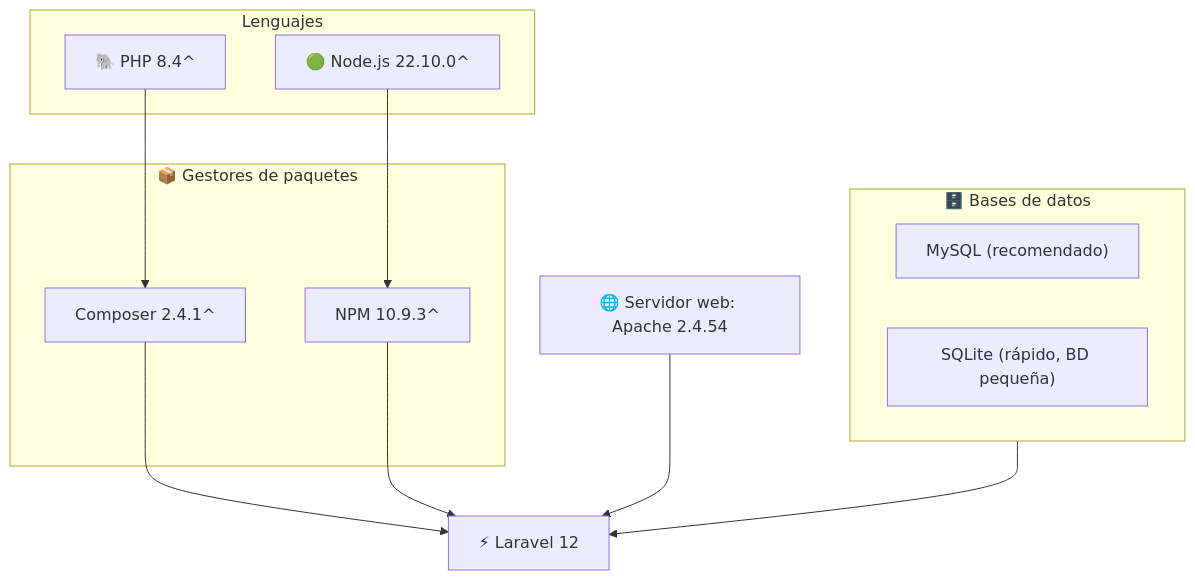
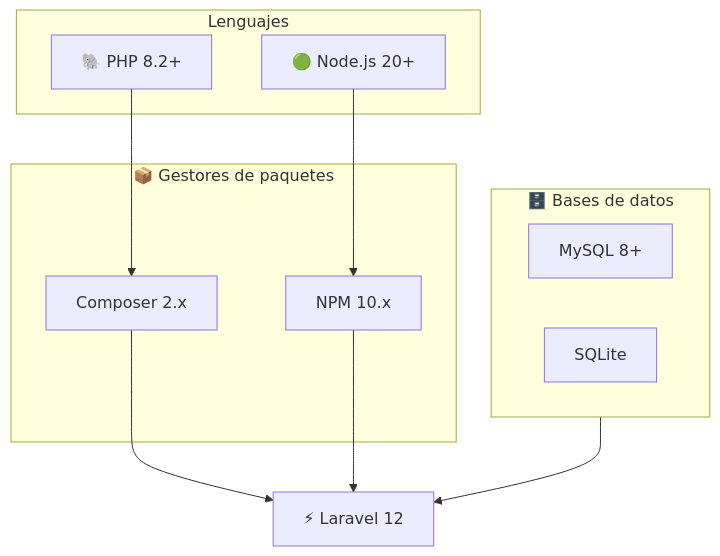
Before and after one commit to Andres020Mi/CEFAEMPRESA-ERP: the first of 2 diagrams in README.md, drawn with Mermaid. The commit also changed other lines of this file and 1 other file, not shown here.

````diff
--- a/README.md
+++ b/README.md
@@ -21,26 +28,23 @@
 ```mermaid
 flowchart TD
     subgraph Lenguajes
-        PHP["🐘 PHP 8.4^"]
-        Node["🟢 Node.js 22.10.0^"]
+        PHP["🐘 PHP 8.2+"]
+        Node["🟢 Node.js 20+"]
     end
 
     subgraph Gestores["📦 Gestores de paquetes"]
-        Composer["Composer 2.4.1^"]
-        NPM["NPM 10.9.3^"]
+        Composer["Composer 2.x"]
+        NPM["NPM 10.x"]
     end
 
     subgraph BD["🗄️ Bases de datos"]
-        MySQL["MySQL (recomendado)"]
-        SQLite["SQLite (rápido, BD pequeña)"]
+        MySQL["MySQL 8+"]
+        SQLite["SQLite"]
     end
-
-    Apache["🌐 Servidor web: Apache 2.4.54"]
 
     PHP --> Composer
     Node --> NPM
     Composer --> Laravel["⚡ Laravel 12"]
     NPM --> Laravel
     BD --> Laravel
-    Apache --> Laravel
 ```
````
